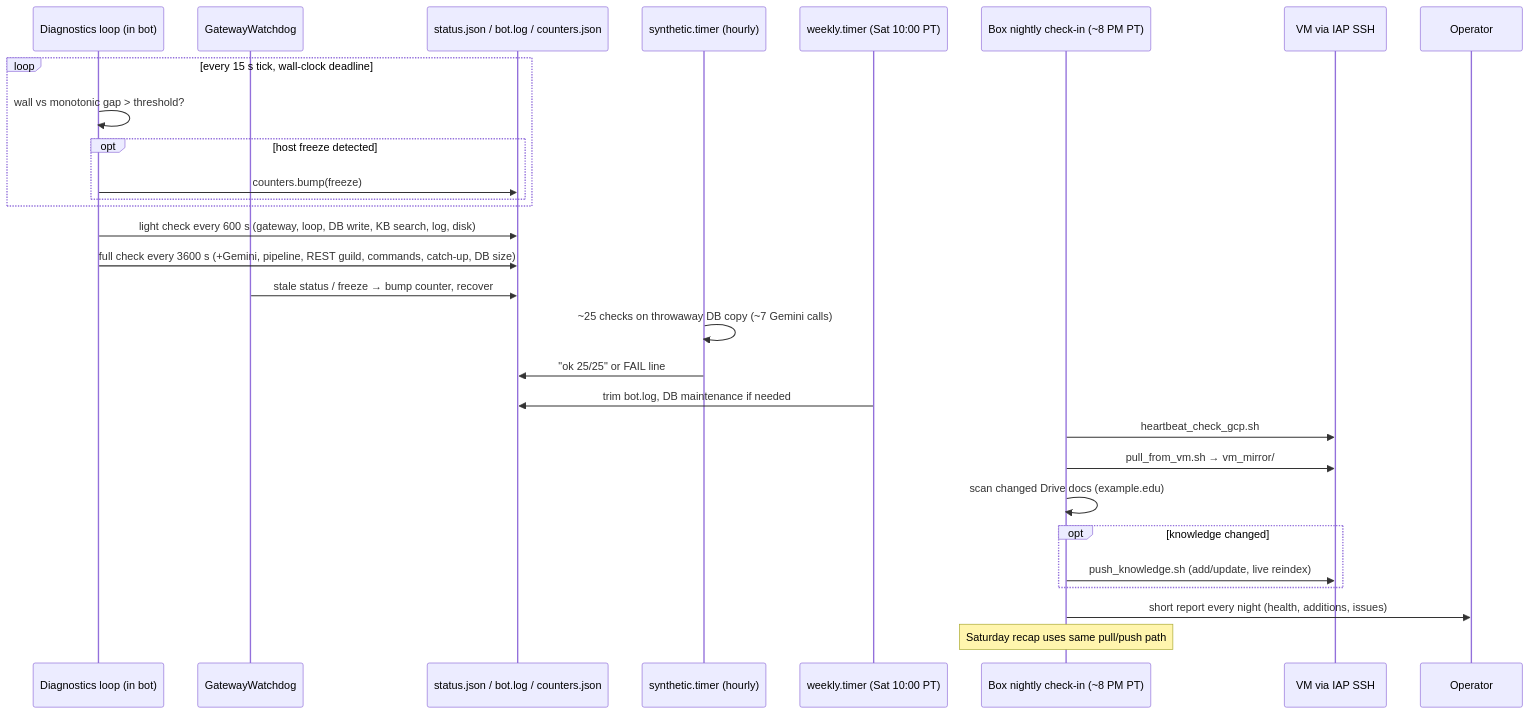
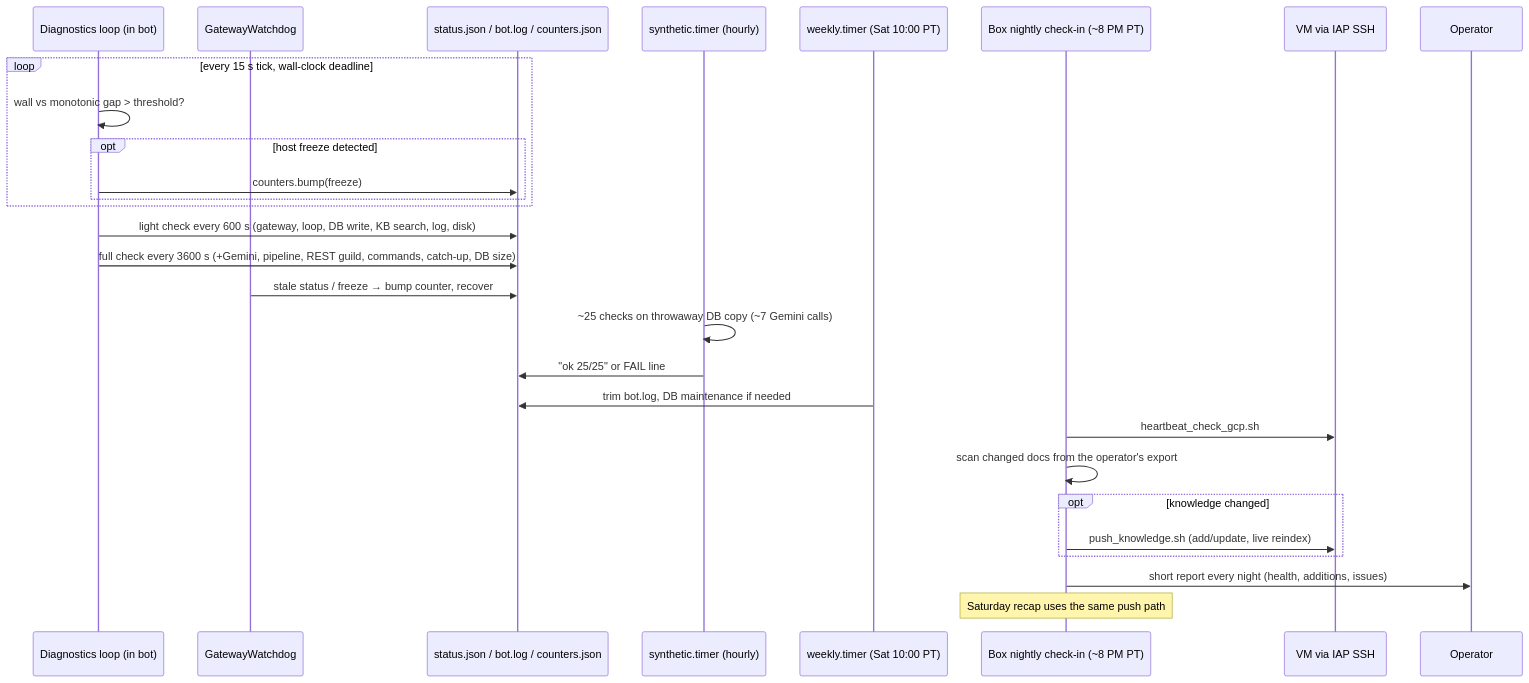
One commit to crustei/discord-logger-bot changed the diagram in docs/uml/04-health-flow.mmd. Above: the diagram before and after it, drawn with Mermaid. The commit also changed 35 other files, not shown here.

```diff
--- a/docs/uml/04-health-flow.mmd
+++ b/docs/uml/04-health-flow.mmd
@@ -1,29 +1,28 @@
 sequenceDiagram
   participant DG as Diagnostics loop (in bot)
   participant WD as GatewayWatchdog
   participant F as status.json / bot.log / counters.json
   participant SY as synthetic.timer (hourly)
   participant WK as weekly.timer (Sat 10:00 PT)
   participant RT as Box nightly check-in (~8 PM PT)
   participant VM as VM via IAP SSH
   participant E as Operator
   loop every 15 s tick, wall-clock deadline
     DG->>DG: wall vs monotonic gap > threshold?
     opt host freeze detected
       DG->>F: counters.bump(freeze)
     end
   end
   DG->>F: light check every 600 s (gateway, loop, DB write, KB search, log, disk)
   DG->>F: full check every 3600 s (+Gemini, pipeline, REST guild, commands, catch-up, DB size)
   WD->>F: stale status / freeze → bump counter, recover
   SY->>SY: ~25 checks on throwaway DB copy (~7 Gemini calls)
   SY->>F: "ok 25/25" or FAIL line
   WK->>F: trim bot.log, DB maintenance if needed
   RT->>VM: heartbeat_check_gcp.sh
-  RT->>VM: pull_from_vm.sh → vm_mirror/
-  RT->>RT: scan changed Drive docs (example.edu)
+  RT->>RT: scan changed docs from the operator's export
   opt knowledge changed
     RT->>VM: push_knowledge.sh (add/update, live reindex)
   end
   RT->>E: short report every night (health, additions, issues)
-  Note over RT: Saturday recap uses same pull/push path
+  Note over RT: Saturday recap uses the same push path
```
